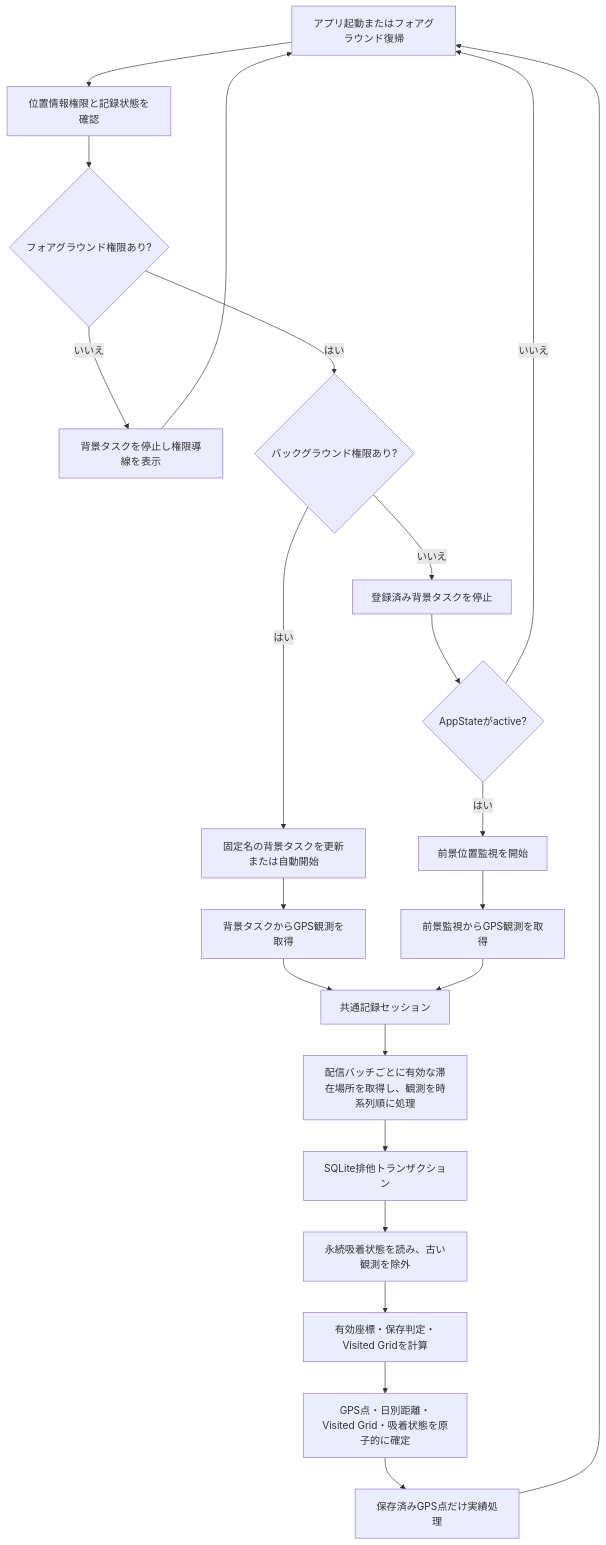
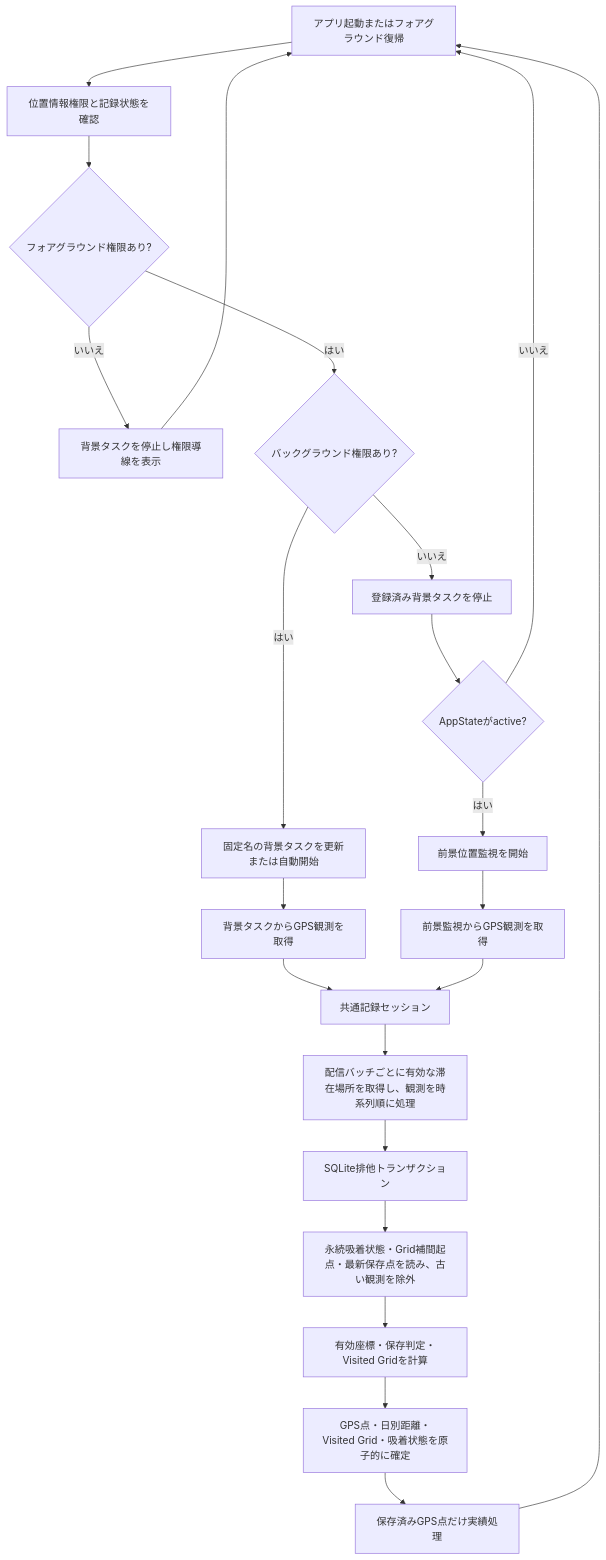
One commit to kazuki19992/strollia changed the first of 3 diagrams in docs/architecture.md. Above: the diagram before and after it, drawn with Mermaid. The commit also changed other lines of this file and 11 other files, not shown here.

````diff
--- a/docs/architecture.md
+++ b/docs/architecture.md
@@ -94,24 +94,24 @@
 ```mermaid
 flowchart TD
   A["アプリ起動またはフォアグラウンド復帰"] --> B["位置情報権限と記録状態を確認"]
   B --> C{"フォアグラウンド権限あり?"}
   C -->|いいえ| D["背景タスクを停止し権限導線を表示"]
   D --> A
   C -->|はい| E{"バックグラウンド権限あり?"}
   E -->|はい| F["固定名の背景タスクを更新または自動開始"]
   E -->|いいえ| G["登録済み背景タスクを停止"]
   G --> H{"AppStateがactive?"}
   H -->|はい| I["前景位置監視を開始"]
   H -->|いいえ| A
   F --> J["背景タスクからGPS観測を取得"]
   I --> K["前景監視からGPS観測を取得"]
   J --> L["共通記録セッション"]
   K --> L
   L --> M["配信バッチごとに有効な滞在場所を取得し、観測を時系列順に処理"]
   M --> N["SQLite排他トランザクション"]
-  N --> O["永続吸着状態を読み、古い観測を除外"]
+  N --> O["永続吸着状態・Grid補間起点・最新保存点を読み、古い観測を除外"]
   O --> P["有効座標・保存判定・Visited Gridを計算"]
   P --> Q["GPS点・日別距離・Visited Grid・吸着状態を原子的に確定"]
   Q --> R["保存済みGPS点だけ実績処理"]
   R --> A
 ```
````
